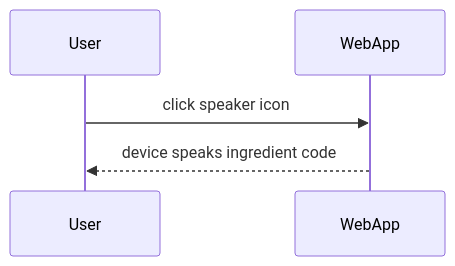
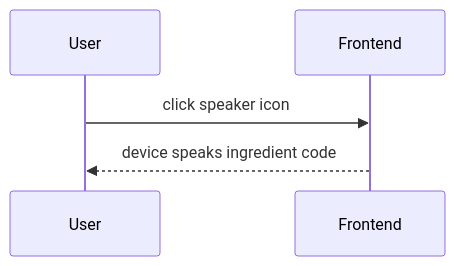
The third of 19 diagrams in documentation/docs/system-architecture/use-case-sequences.md (Capstone-Projects-2025-Spring/aac-go-fish), drawn with Mermaid before and after one commit. The commit also changed other lines of this file and 2 other files, not shown here.

````diff
--- a/documentation/docs/system-architecture/use-case-sequences.md
+++ b/documentation/docs/system-architecture/use-case-sequences.md
@@ -43,8 +43,8 @@
 ```mermaid
 sequenceDiagram
     participant User
-    participant WebApp
+    participant Frontend
 
-    User->>WebApp: click speaker icon
-    WebApp-->>User: device speaks ingredient code
+    User->>Frontend: click speaker icon
+    Frontend-->>User: device speaks ingredient code
 ```
````
